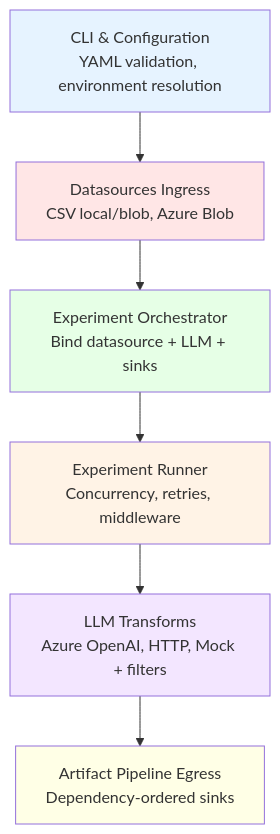
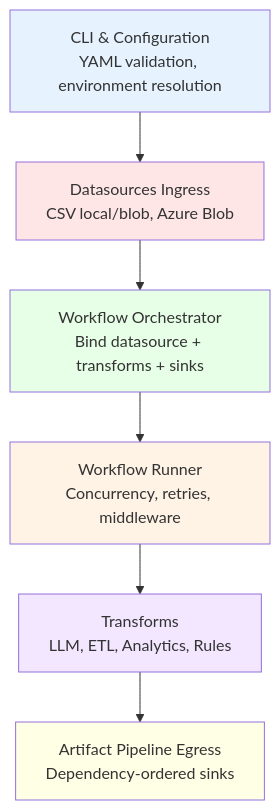
Before and after one commit to tachyon-beep/elspeth: the first of 2 diagrams in site-docs/docs/architecture/overview.md, drawn with Mermaid. The commit also changed other lines of this file and 2 other files, not shown here.

````diff
--- a/site-docs/docs/architecture/overview.md
+++ b/site-docs/docs/architecture/overview.md
@@ -46,22 +46,22 @@
 ```mermaid
 graph TD
     CLI[CLI & Configuration<br/>YAML validation, environment resolution]
     DS[Datasources Ingress<br/>CSV local/blob, Azure Blob]
-    ORCH[Experiment Orchestrator<br/>Bind datasource + LLM + sinks]
-    RUNNER[Experiment Runner<br/>Concurrency, retries, middleware]
-    LLM[LLM Transforms<br/>Azure OpenAI, HTTP, Mock + filters]
+    ORCH[Workflow Orchestrator<br/>Bind datasource + transforms + sinks]
+    RUNNER[Workflow Runner<br/>Concurrency, retries, middleware]
+    TRANSFORM[Transforms<br/>LLM, ETL, Analytics, Rules]
     PIPE[Artifact Pipeline Egress<br/>Dependency-ordered sinks]
 
     CLI --> DS
     DS --> ORCH
     ORCH --> RUNNER
-    RUNNER --> LLM
-    LLM --> PIPE
+    RUNNER --> TRANSFORM
+    TRANSFORM --> PIPE
 
     style CLI fill:#E6F3FF
     style DS fill:#FFE6E6
     style ORCH fill:#E6FFE6
     style RUNNER fill:#FFF3E6
-    style LLM fill:#F3E6FF
+    style TRANSFORM fill:#F3E6FF
     style PIPE fill:#FFFFE6
 ```
````
